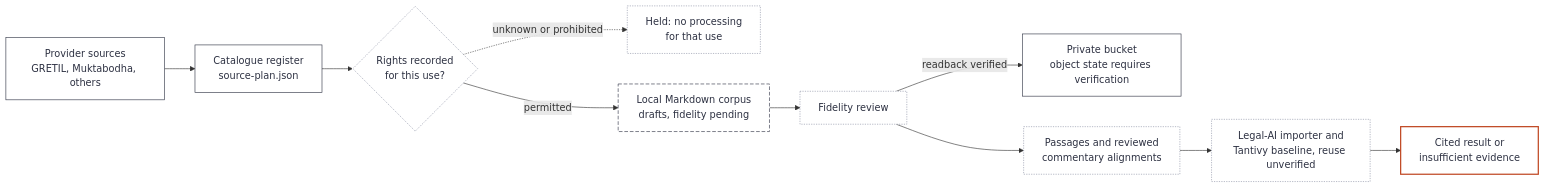
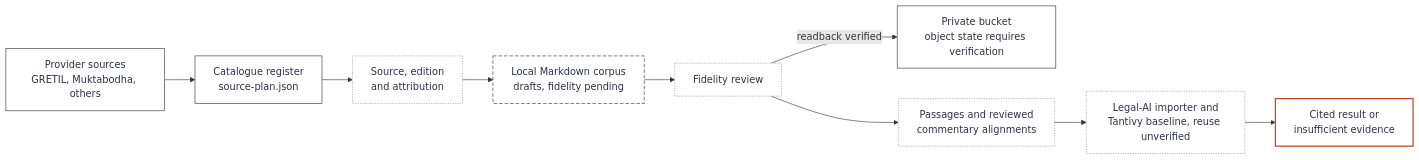
One commit to aispanda/scripture-source-catalog changed the first of 5 diagrams in docs/scripture-catalog-ingestion-and-rag-design.md. Above: the diagram before and after it, drawn with Mermaid. The commit also changed other lines of this file, not shown here.

````diff
--- a/docs/scripture-catalog-ingestion-and-rag-design.md
+++ b/docs/scripture-catalog-ingestion-and-rag-design.md
@@ -31,23 +37,20 @@
 ```mermaid
 flowchart LR
   src["Provider sources<br/>GRETIL, Muktabodha, others"]:::actual
   cat["Catalogue register<br/>source-plan.json"]:::actual
-  rights{"Rights recorded<br/>for this use?"}:::proposed
-  hold["Held: no processing<br/>for that use"]:::proposed
+  prov["Source, edition<br/>and attribution"]:::proposed
   md["Local Markdown corpus<br/>drafts, fidelity pending"]:::draft
   fid["Fidelity review"]:::proposed
   cloud["Private bucket<br/>object state requires verification"]:::actual
   psg["Passages and reviewed<br/>commentary alignments"]:::proposed
   la["Legal-AI importer and<br/>Tantivy baseline, reuse unverified"]:::proposed
   res["Cited result or<br/>insufficient evidence"]:::focal
-  src --> cat --> rights
-  rights -->|permitted| md
-  rights -.->|unknown or prohibited| hold
+  src --> cat --> prov --> md
   md --> fid
   fid -->|readback verified| cloud
   fid --> psg --> la --> res
   classDef actual fill:#ffffff,stroke:#2d3142,stroke-width:1px,color:#2d3142
   classDef draft fill:#ffffff,stroke:#2d3142,stroke-width:1px,stroke-dasharray:6 3,color:#2d3142
   classDef proposed fill:#ffffff,stroke:#8a8fa3,stroke-width:1px,stroke-dasharray:2 2,color:#2d3142
   classDef focal fill:#ffffff,stroke:#bf4520,stroke-width:2px,color:#2d3142
 ```
````
